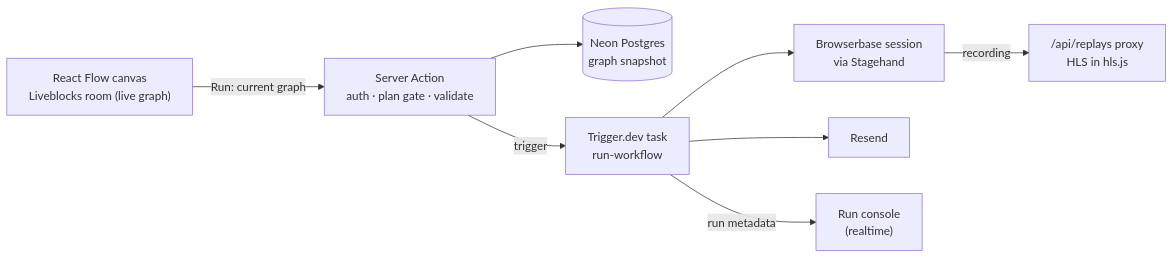
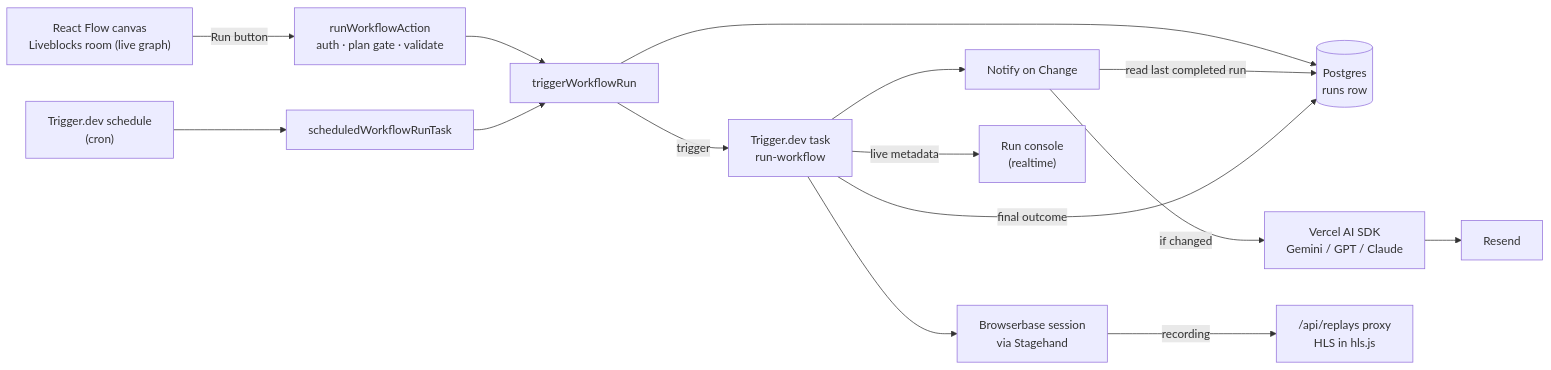
One commit to newways-dev/autodew changed the diagram in README.md. Above: the diagram before and after it, drawn with Mermaid. The commit also changed other lines of this file, not shown here.

````diff
--- a/README.md
+++ b/README.md
@@ -26,10 +27,17 @@
 ```mermaid
 flowchart LR
-    Canvas["React Flow canvas<br/>Liveblocks room (live graph)"] -->|Run: current graph| Action["Server Action<br/>auth · plan gate · validate"]
-    Action --> DB[("Neon Postgres<br/>graph snapshot")]
-    Action -->|trigger| Task["Trigger.dev task<br/>run-workflow"]
+    Canvas["React Flow canvas<br/>Liveblocks room (live graph)"] -->|Run button| RunAction["runWorkflowAction<br/>auth · plan gate · validate"]
+    Cron["Trigger.dev schedule<br/>(cron)"] --> Scheduled["scheduledWorkflowRunTask"]
+    RunAction --> Trigger["triggerWorkflowRun"]
+    Scheduled --> Trigger
+    Trigger --> Runs[("Postgres<br/>runs row")]
+    Trigger -->|trigger| Task["Trigger.dev task<br/>run-workflow"]
     Task --> Browser["Browserbase session<br/>via Stagehand"]
-    Task --> Email[Resend]
-    Task -->|run metadata| Console["Run console<br/>(realtime)"]
+    Task --> Notify["Notify on Change"]
+    Notify -->|read last completed run| Runs
+    Notify -->|if changed| AI["Vercel AI SDK<br/>Gemini / GPT / Claude"]
+    AI --> Email[Resend]
+    Task -->|live metadata| Console["Run console<br/>(realtime)"]
+    Task -->|final outcome| Runs
     Browser -->|recording| Replay["/api/replays proxy<br/>HLS in hls.js"]
 ```
````
